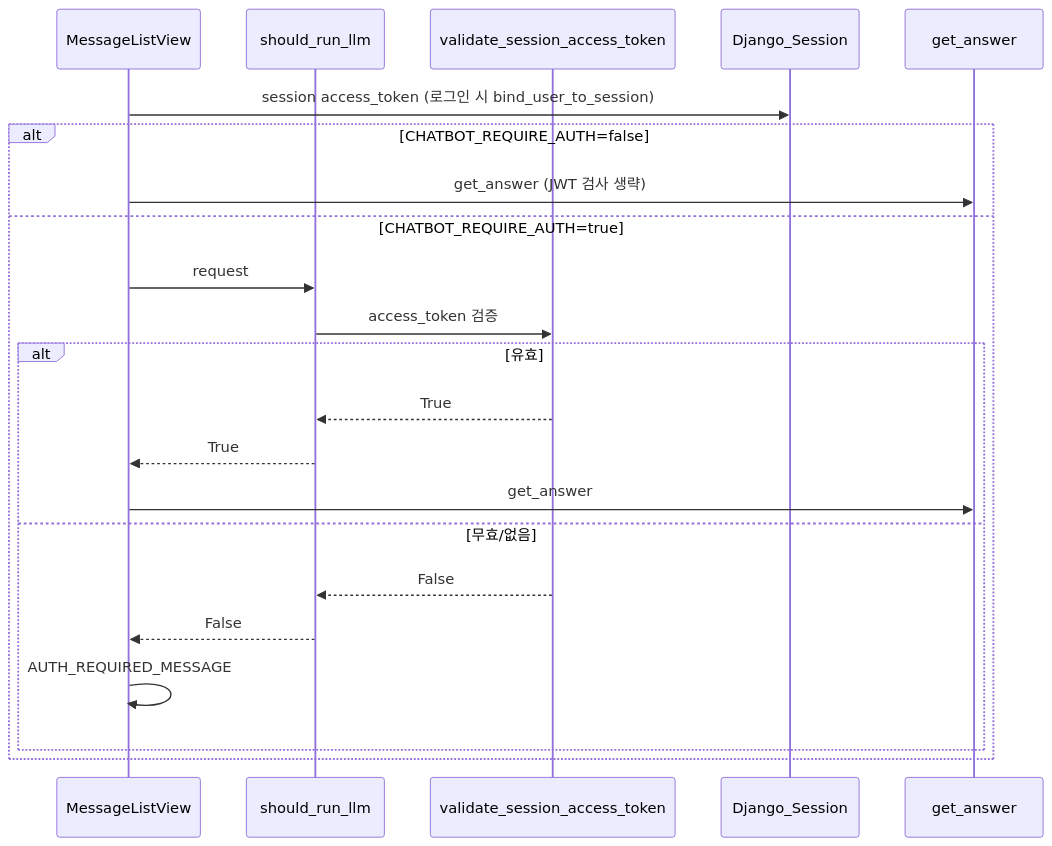
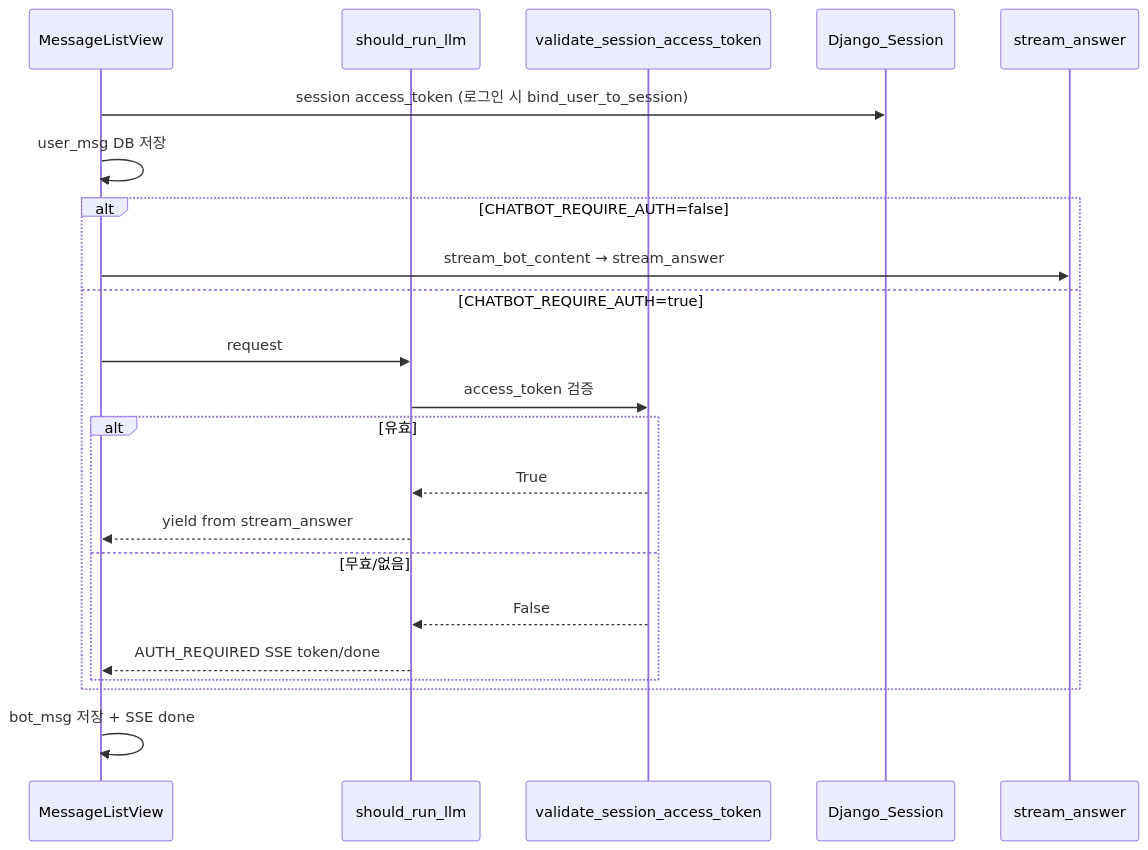
The second of 2 diagrams in docs/에픽03-JWT-LLM-게이트.md (EJ-pro/SKN27-4th-4team), drawn with Mermaid before and after one commit. The commit also changed other lines of this file and 2 other files, not shown here.

````diff
--- a/docs/에픽03-JWT-LLM-게이트.md
+++ b/docs/에픽03-JWT-LLM-게이트.md
@@ -196,25 +198,25 @@
 ```mermaid
 sequenceDiagram
   participant ML as MessageListView
   participant Gate as should_run_llm
   participant Auth as validate_session_access_token
   participant SE as Django_Session
-  participant Bot as get_answer
+  participant Bot as stream_answer
 
   ML->>SE: session access_token (로그인 시 bind_user_to_session)
+  ML->>ML: user_msg DB 저장
   alt CHATBOT_REQUIRE_AUTH=false
-    ML->>Bot: get_answer (JWT 검사 생략)
+    ML->>Bot: stream_bot_content → stream_answer
   else CHATBOT_REQUIRE_AUTH=true
     ML->>Gate: request
     Gate->>Auth: access_token 검증
     alt 유효
       Auth-->>Gate: True
-      Gate-->>ML: True
-      ML->>Bot: get_answer
+      Gate-->>ML: yield from stream_answer
     else 무효/없음
       Auth-->>Gate: False
-      Gate-->>ML: False
-      ML->>ML: AUTH_REQUIRED_MESSAGE
+      Gate-->>ML: AUTH_REQUIRED SSE token/done
     end
   end
+  ML->>ML: bot_msg 저장 + SSE done
 ```
````
